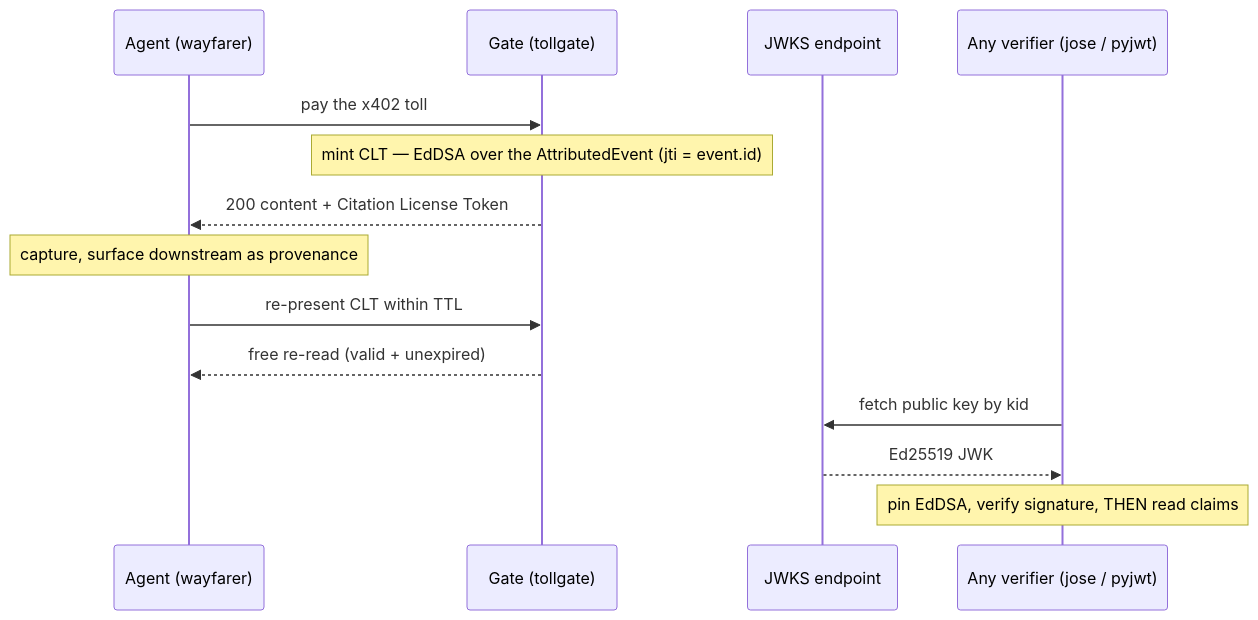
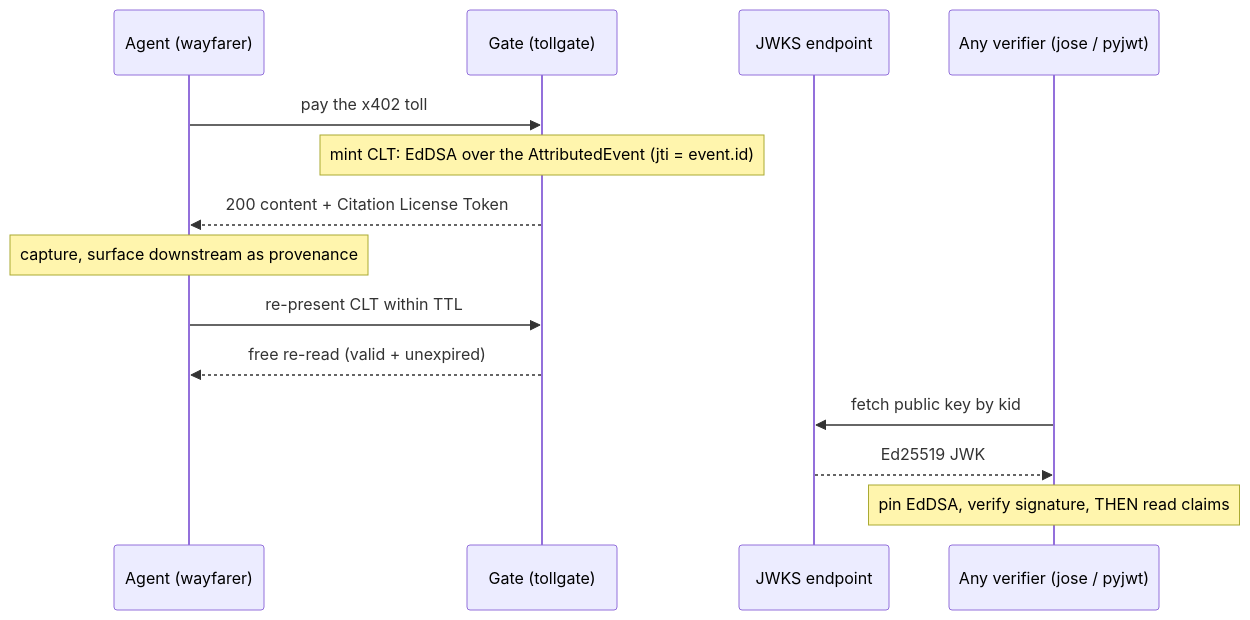
Before and after one commit to naulonapp/naulon: the diagram in docs/citation-license.md, drawn with Mermaid. The commit also changed other lines of this file and 19 other files, not shown here.

````diff
--- a/docs/citation-license.md
+++ b/docs/citation-license.md
@@ -24,17 +24,17 @@
 ```mermaid
 sequenceDiagram
     participant Ag as Agent (wayfarer)
     participant G as Gate (tollgate)
     participant J as JWKS endpoint
     participant V as Any verifier (jose / pyjwt)
 
     Ag->>G: pay the x402 toll
-    Note over G: mint CLT — EdDSA over the AttributedEvent (jti = event.id)
+    Note over G: mint CLT: EdDSA over the AttributedEvent (jti = event.id)
     G-->>Ag: 200 content + Citation License Token
     Note over Ag: capture, surface downstream as provenance
     Ag->>G: re-present CLT within TTL
     G-->>Ag: free re-read (valid + unexpired)
     V->>J: fetch public key by kid
     J-->>V: Ed25519 JWK
     Note over V: pin EdDSA, verify signature, THEN read claims
 ```
````
